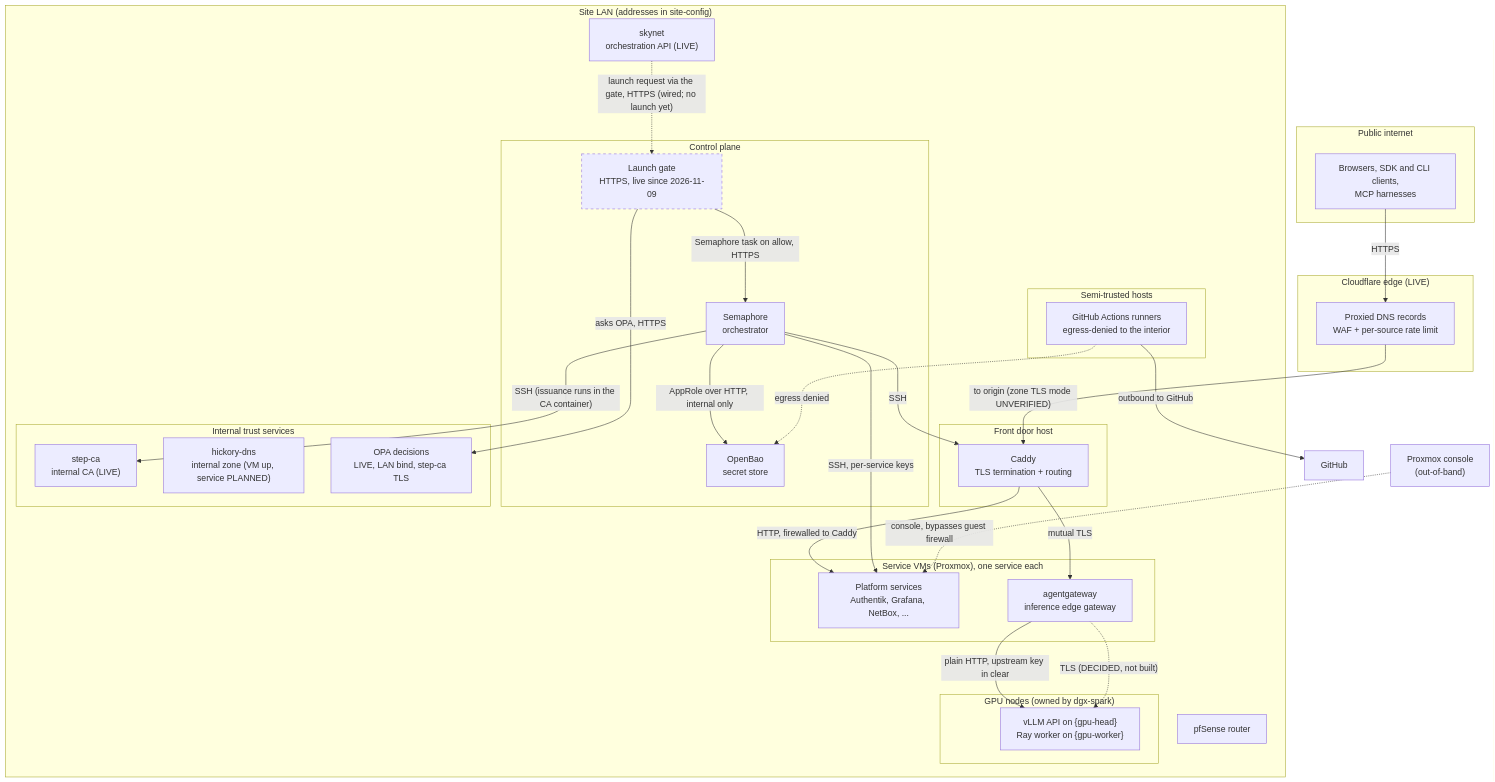
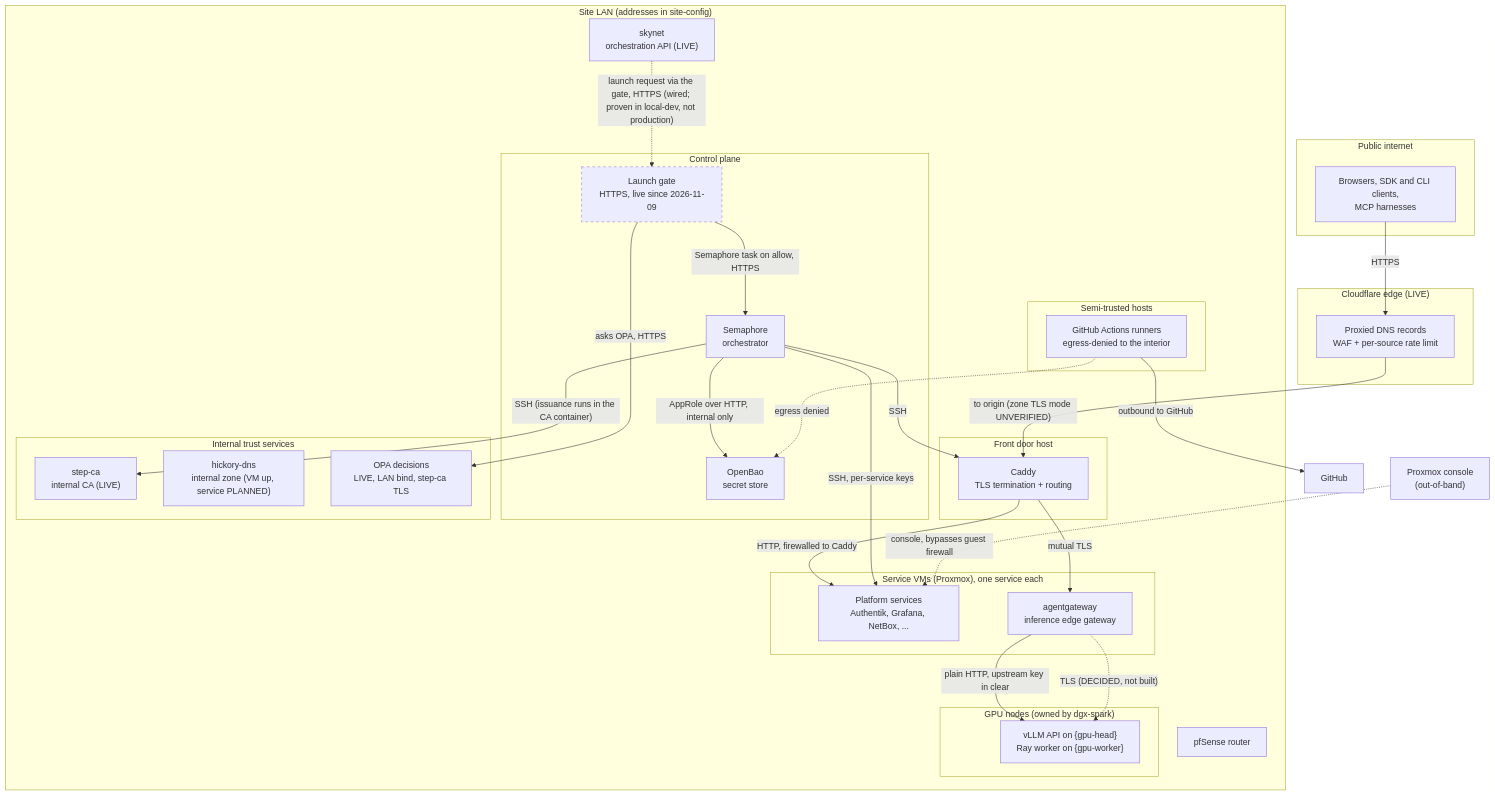
Before and after one commit to uhstray-io/agent-cloud: the first of 14 diagrams in plan/architecture/network-architecture.md, drawn with Mermaid.

Commit message:
docs(launch-gate): align the control-plane diagram's skynet edge label

````diff
--- a/plan/architecture/network-architecture.md
+++ b/plan/architecture/network-architecture.md
@@ -87,59 +87,59 @@
 ```mermaid
 flowchart TB
     subgraph PUB["Public internet"]
         CLIENT["Browsers, SDK and CLI clients,<br/>MCP harnesses"]
     end
 
     subgraph EDGE["Cloudflare edge (LIVE)"]
         CF["Proxied DNS records<br/>WAF + per-source rate limit"]
     end
 
     subgraph LAN["Site LAN (addresses in site-config)"]
         subgraph FRONT["Front door host"]
             CADDY["Caddy<br/>TLS termination + routing"]
         end
         subgraph SVC["Service VMs (Proxmox), one service each"]
             APPS["Platform services<br/>Authentik, Grafana, NetBox, ..."]
             AGW["agentgateway<br/>inference edge gateway"]
         end
         subgraph CTRL["Control plane"]
             SEM["Semaphore<br/>orchestrator"]
             BAO["OpenBao<br/>secret store"]
             LG["Launch gate<br/>HTTPS, live since 2026-11-09"]
         end
         subgraph TRUST["Internal trust services"]
             CA["step-ca<br/>internal CA (LIVE)"]
             DNS["hickory-dns<br/>internal zone (VM up, service PLANNED)"]
             OPA["OPA decisions<br/>LIVE, LAN bind, step-ca TLS"]
         end
         subgraph GPU["GPU nodes (owned by dgx-spark)"]
             VLLM["vLLM API on {gpu-head}<br/>Ray worker on {gpu-worker}"]
         end
         subgraph SEMI["Semi-trusted hosts"]
             RUN["GitHub Actions runners<br/>egress-denied to the interior"]
         end
         SKY["skynet<br/>orchestration API (LIVE)"]
         PFS["pfSense router"]
     end
 
     PVE["Proxmox console<br/>(out-of-band)"]
 
     CLIENT -->|"HTTPS"| CF
     CF -->|"to origin (zone TLS mode UNVERIFIED)"| CADDY
     CADDY -->|"HTTP, firewalled to Caddy"| APPS
     CADDY -->|"mutual TLS"| AGW
     AGW -->|"plain HTTP, upstream key in clear"| VLLM
     AGW -. "TLS (DECIDED, not built)" .-> VLLM
     SEM -->|"SSH, per-service keys"| APPS
     SEM -->|"SSH"| CADDY
     LG -->|"Semaphore task on allow, HTTPS"| SEM
     LG -->|"asks OPA, HTTPS"| OPA
-    SKY -. "launch request via the gate, HTTPS (wired; no launch yet)" .-> LG
+    SKY -. "launch request via the gate, HTTPS (wired; proven in local-dev, not production)" .-> LG
     SEM -->|"AppRole over HTTP, internal only"| BAO
     SEM -->|"SSH (issuance runs in the CA container)"| CA
     GH["GitHub"]
     RUN -->|"outbound to GitHub"| GH
     RUN -. "egress denied" .-> BAO
     PVE -. "console, bypasses guest firewall" .-> APPS
     style LG stroke-dasharray: 5 5
 ```
````
